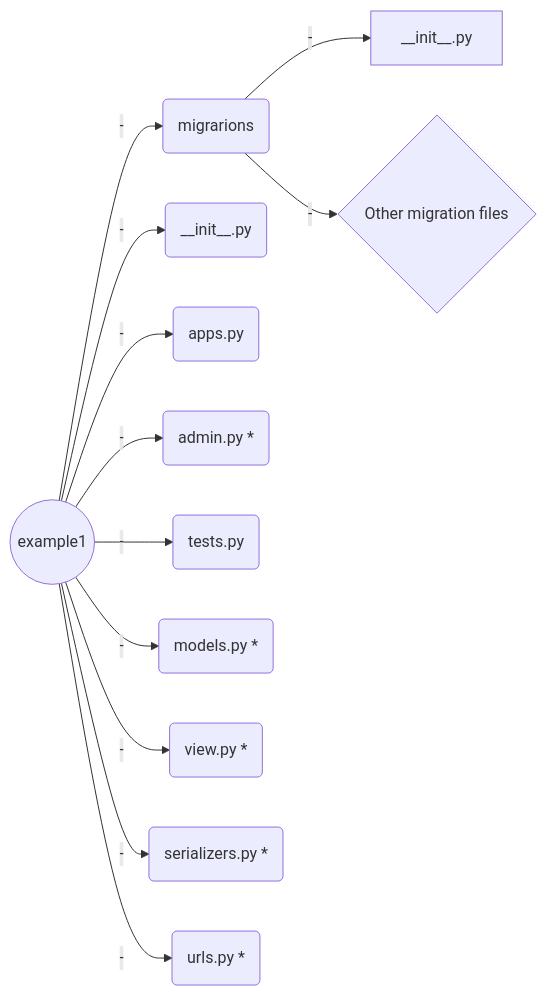
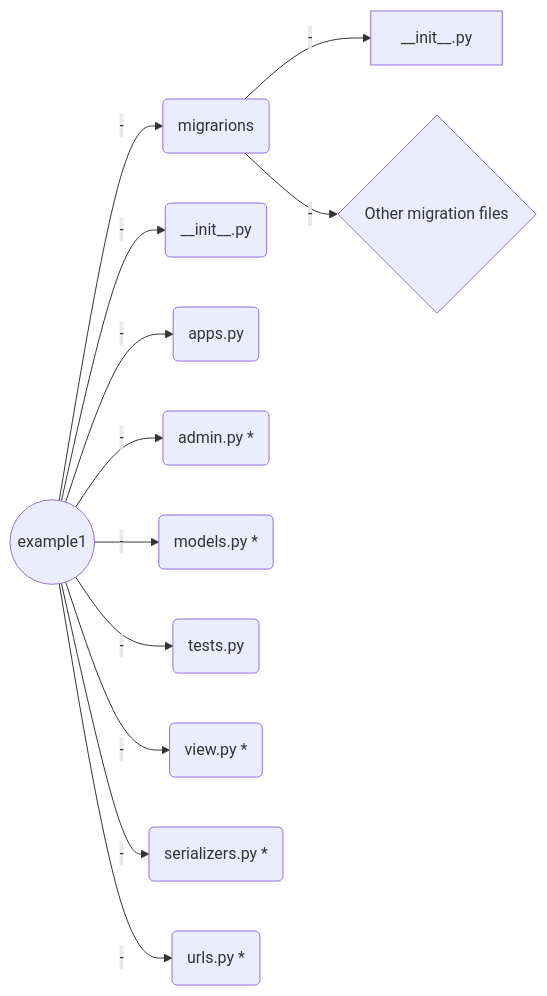
One commit to LooDaHu/ARORA_General_-Introduction changed the first of 3 diagrams in Welcome file.md. Above: the diagram before and after it, drawn with Mermaid. The commit also changed other lines of this file, not shown here.

````diff
--- a/Welcome file.md
+++ b/Welcome file.md
@@ -45,14 +45,15 @@
 ```mermaid
 graph LR
 A((example1)) -- - --> B(migrarions) 
 B(migrarions) -- - --> C[__init__.py]
 B(migrarions) -- - --> D{Other migration files}
 A((example1)) -- - --> E(__init__.py) 
 A((example1)) -- - --> L(apps.py)
 A((example1)) -- - --> F(admin.py *) 
+A((example1)) -- - --> G(models.py *) 
 A((example1)) -- - --> K(tests.py) 
-A((example1)) -- - --> G(models.py *) 
+
 A((example1)) -- - --> H(view.py *)
 A((example1)) -- - --> I(serializers.py *)
 A((example1)) -- - --> J(urls.py *)
 ```
````
